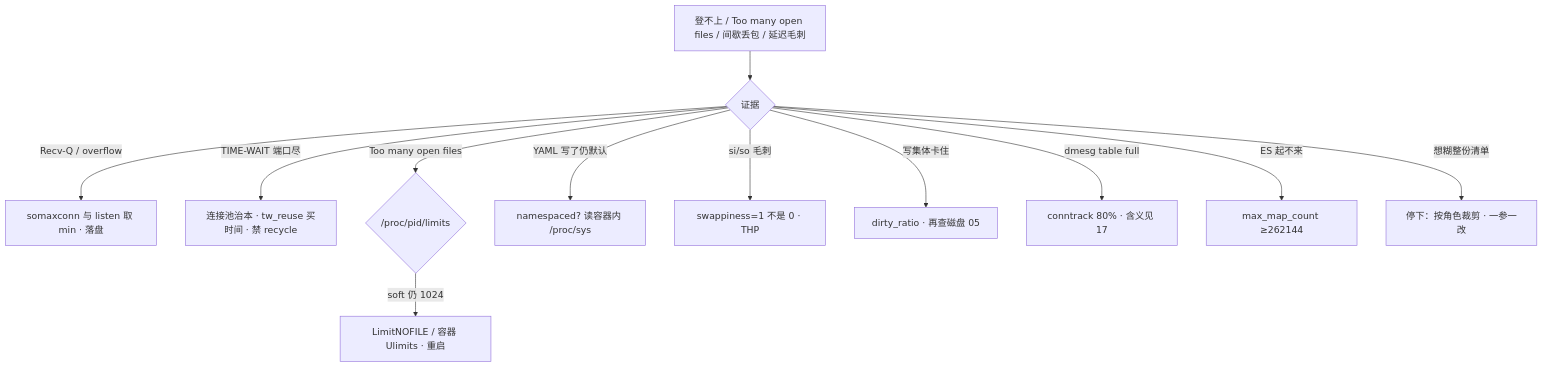
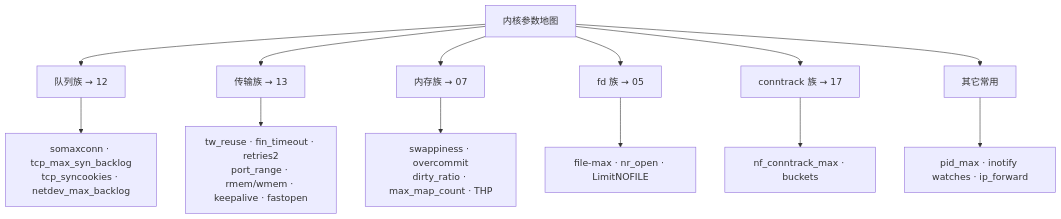
Before and after one commit to ml-cuizijun/LearnToLilith: the fourth of 5 diagrams in 01-基础底座/24-内核参数与sysctl/知识点.md, drawn with Mermaid. The commit also changed other lines of this file and 470 other files, not shown here.

````diff
--- a/01-基础底座/24-内核参数与sysctl/知识点.md
+++ b/01-基础底座/24-内核参数与sysctl/知识点.md
@@ -874,14 +222,15 @@
 ```mermaid
 flowchart TB
-    A["登不上 / Too many open files / 间歇丢包 / 延迟毛刺"] --> B{证据}
-    B -->|Recv-Q / overflow| C["somaxconn 与 listen 取 min · 落盘"]
-    B -->|TIME-WAIT 端口尽| D["连接池治本 · tw_reuse 买时间 · 禁 recycle"]
-    B -->|Too many open files| E{"/proc/pid/limits"}
-    E -->|soft 仍 1024| F["LimitNOFILE / 容器 Ulimits · 重启"]
-    B -->|YAML 写了仍默认| G["namespaced? 读容器内 /proc/sys"]
-    B -->|si/so 毛刺| H["swappiness=1 不是 0 · THP"]
-    B -->|写集体卡住| I["dirty_ratio · 再查磁盘 05"]
-    B -->|dmesg table full| J["conntrack 80% · 含义见 17"]
-    B -->|ES 起不来| K["max_map_count ≥262144"]
-    B -->|想糊整份清单| L["停下：按角色裁剪 · 一参一改"]
+    A["内核参数地图"] --> B["队列族 → 12"]
+    A --> C["传输族 → 13"]
+    A --> D["内存族 → 07"]
+    A --> E["fd 族 → 05"]
+    A --> F["conntrack 族 → 17"]
+    A --> G["其它常用"]
+    B --> B1["somaxconn · tcp_max_syn_backlog<br/>tcp_syncookies · netdev_max_backlog"]
+    C --> C1["tw_reuse · fin_timeout · retries2<br/>port_range · rmem/wmem · keepalive · fastopen"]
+    D --> D1["swappiness · overcommit<br/>dirty_ratio · max_map_count · THP"]
+    E --> E1["file-max · nr_open · LimitNOFILE"]
+    F --> F1["nf_conntrack_max · buckets"]
+    G --> G1["pid_max · inotify watches · ip_forward"]
 ```
````
